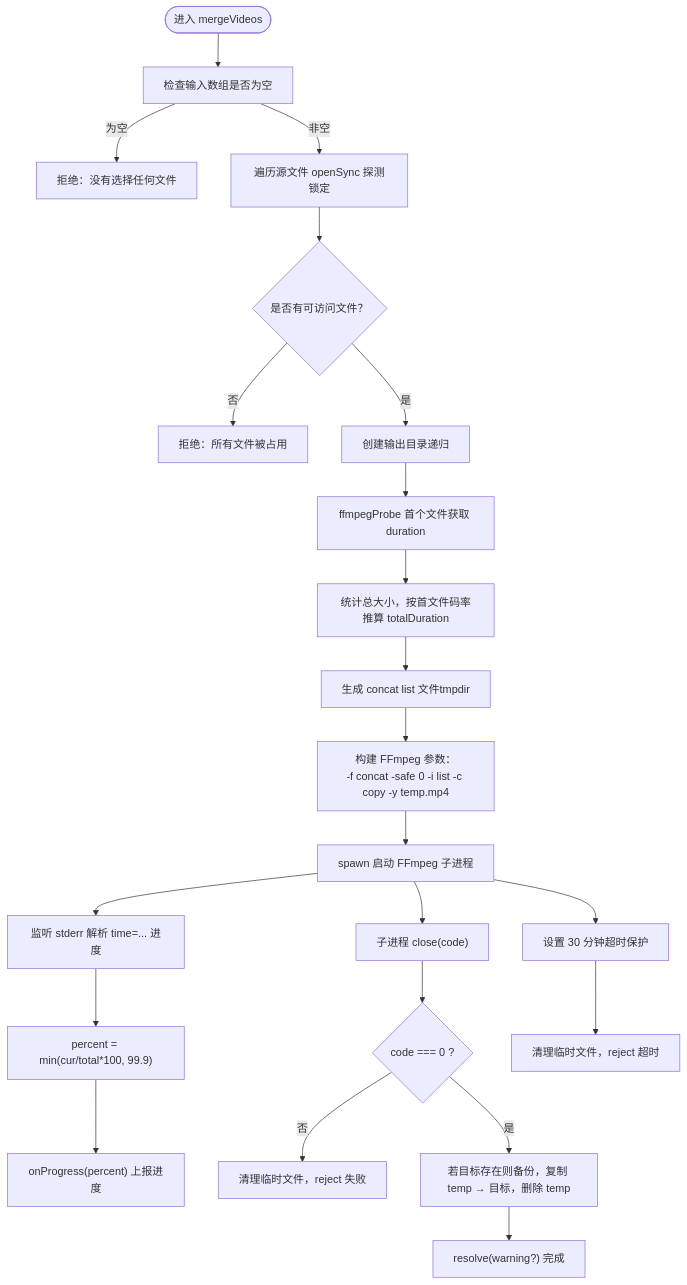
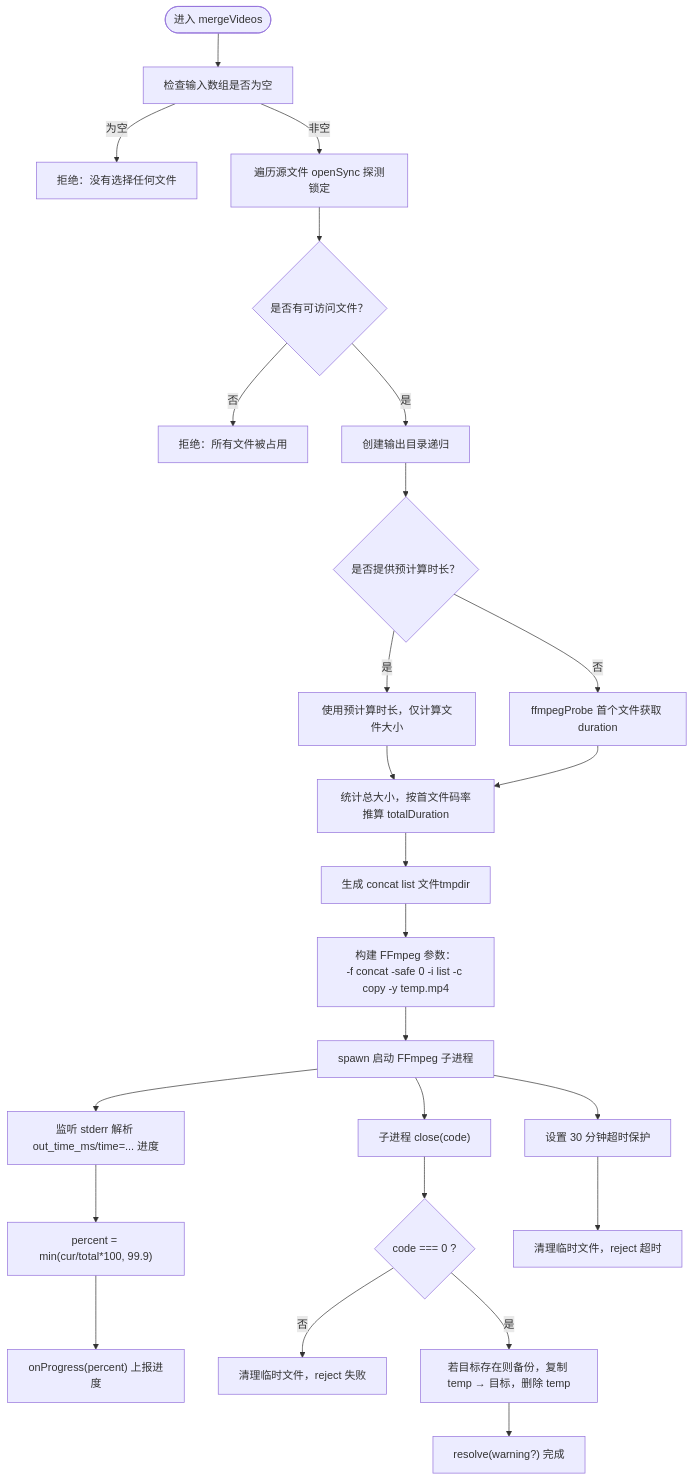
Before and after one commit to HoarfrostKimi/Video-Merger: the third of 6 diagrams in .qoder/repowiki/zh/content/架构设计/FFmpeg集成架构/视频合并处理管道.md, drawn with Mermaid. The commit also changed other lines of this file and 43 other files, not shown here.

````diff
--- a/.qoder/repowiki/zh/content/架构设计/FFmpeg集成架构/视频合并处理管道.md
+++ b/.qoder/repowiki/zh/content/架构设计/FFmpeg集成架构/视频合并处理管道.md
@@ -108,24 +125,27 @@
 ```mermaid
 flowchart TD
 Start(["进入 mergeVideos"]) --> CheckFiles["检查输入数组是否为空"]
 CheckFiles --> |为空| RejectEmpty["拒绝：没有选择任何文件"]
 CheckFiles --> |非空| LockDetect["遍历源文件 openSync 探测锁定"]
 LockDetect --> Accessible{"是否有可访问文件？"}
 Accessible --> |否| RejectAllLocked["拒绝：所有文件被占用"]
 Accessible --> |是| CreateOutDir["创建输出目录递归"]
-CreateOutDir --> ProbeFirst["ffmpegProbe 首个文件获取 duration"]
+CreateOutDir --> DurationCheck{"是否提供预计算时长？"}
+DurationCheck --> |是| UseEstimated["使用预计算时长，仅计算文件大小"]
+DurationCheck --> |否| ProbeFirst["ffmpegProbe 首个文件获取 duration"]
+UseEstimated --> CalcTotal["统计总大小用于磁盘空间检查"]
 ProbeFirst --> CalcTotal["统计总大小，按首文件码率推算 totalDuration"]
 CalcTotal --> WriteList["生成 concat list 文件tmpdir"]
 WriteList --> BuildArgs["构建 FFmpeg 参数：<br/>-f concat -safe 0 -i list -c copy -y temp.mp4"]
 BuildArgs --> SpawnFF["spawn 启动 FFmpeg 子进程"]
-SpawnFF --> StderrLoop["监听 stderr 解析 time=... 进度"]
+SpawnFF --> StderrLoop["监听 stderr 解析 out_time_ms/time=... 进度"]
 StderrLoop --> PercentCalc["percent = min(cur/total*100, 99.9)"]
 PercentCalc --> OnProgress["onProgress(percent) 上报进度"]
 SpawnFF --> Timeout["设置 30 分钟超时保护"]
 SpawnFF --> CloseEvent["子进程 close(code)"]
 CloseEvent --> CodeCheck{"code === 0 ?"}
 CodeCheck --> |否| CleanupErr["清理临时文件，reject 失败"]
 CodeCheck --> |是| MoveOutput["若目标存在则备份，复制 temp → 目标，删除 temp"]
 MoveOutput --> Resolve["resolve(warning?) 完成"]
 Timeout --> CleanupTO["清理临时文件，reject 超时"]
 ```
````
